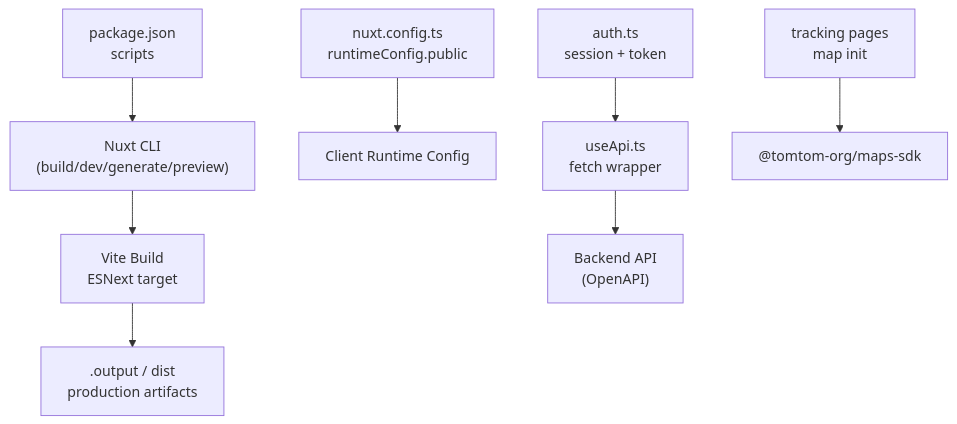
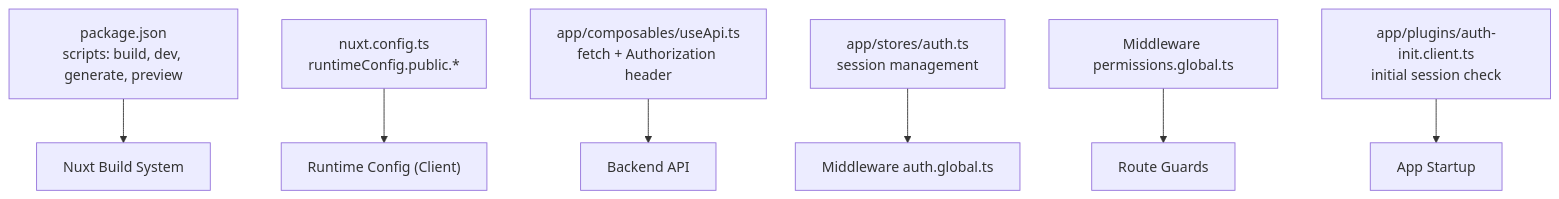
The first of 3 diagrams in .qoder/repowiki/en/content/Deployment & Production.md (Lazynerd-Studios/lacarte-atlas-console), drawn with Mermaid before and after one commit. The commit also changed other lines of this file and 139 other files, not shown here.

````diff
--- a/.qoder/repowiki/en/content/Deployment & Production.md
+++ b/.qoder/repowiki/en/content/Deployment & Production.md
@@ -42,10 +35,9 @@
 ```mermaid
 graph TB
-A["package.json<br/>scripts"] --> B["Nuxt CLI<br/>(build/dev/generate/preview)"]
-B --> C["Vite Build<br/>ESNext target"]
-C --> D[".output / dist<br/>production artifacts"]
-E["nuxt.config.ts<br/>runtimeConfig.public"] --> F["Client Runtime Config"]
-G["useApi.ts<br/>fetch wrapper"] --> H["Backend API<br/>(OpenAPI)"]
-I["auth.ts<br/>session + token"] --> G
-J["tracking pages<br/>map init"] --> K["@tomtom-org/maps-sdk"]
+A["package.json<br/>scripts: build, dev, generate, preview"] --> B["Nuxt Build System"]
+C["nuxt.config.ts<br/>runtimeConfig.public.*"] --> D["Runtime Config (Client)"]
+E["app/composables/useApi.ts<br/>fetch + Authorization header"] --> F["Backend API"]
+G["app/stores/auth.ts<br/>session management"] --> H["Middleware auth.global.ts"]
+I["Middleware permissions.global.ts"] --> J["Route Guards"]
+K["app/plugins/auth-init.client.ts<br/>initial session check"] --> L["App Startup"]
 ```
````
